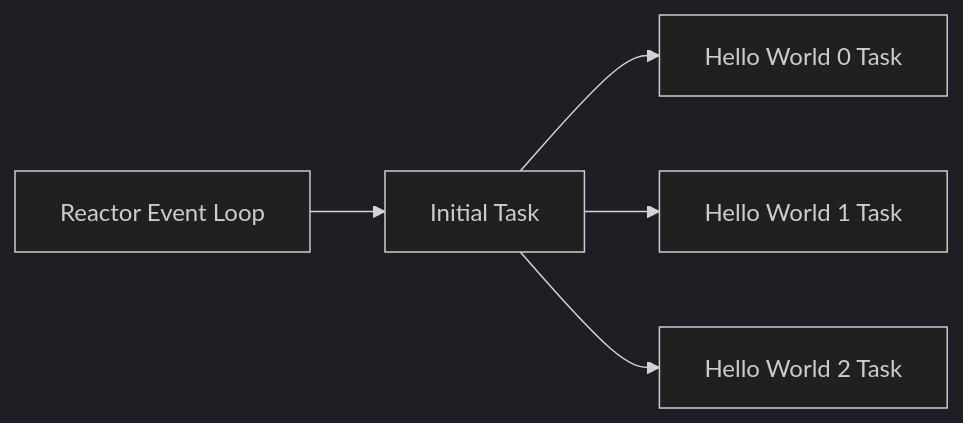
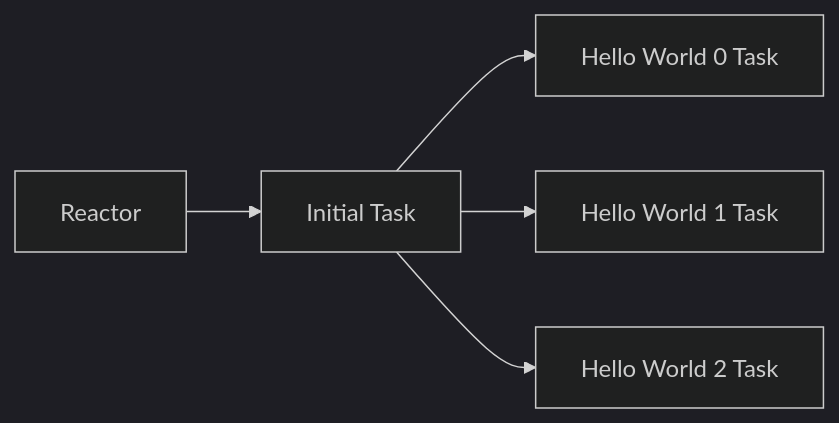
The third of 3 diagrams in guides/asynchronous-tasks/readme.md (socketry/async), drawn with Mermaid (dark theme) before and after one commit. The commit also changed other lines of this file and 7 other files, not shown here.

````diff
--- a/guides/asynchronous-tasks/readme.md
+++ b/guides/asynchronous-tasks/readme.md
@@ -78,8 +88,8 @@
 ```mermaid
 graph LR
-	REL[Reactor Event Loop] --> TT[Initial Task]
+	R[Reactor] --> TT[Initial Task]
 	
 	TT --> H0[Hello World 0 Task]
 	TT --> H1[Hello World 1 Task]
 	TT --> H2[Hello World 2 Task]
 ```
````
